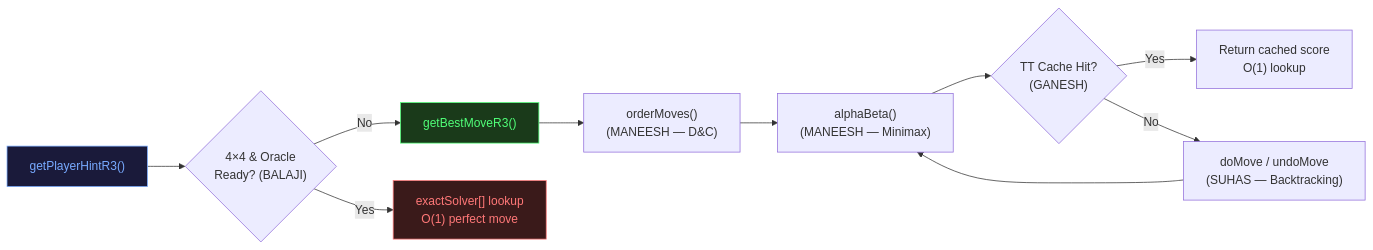
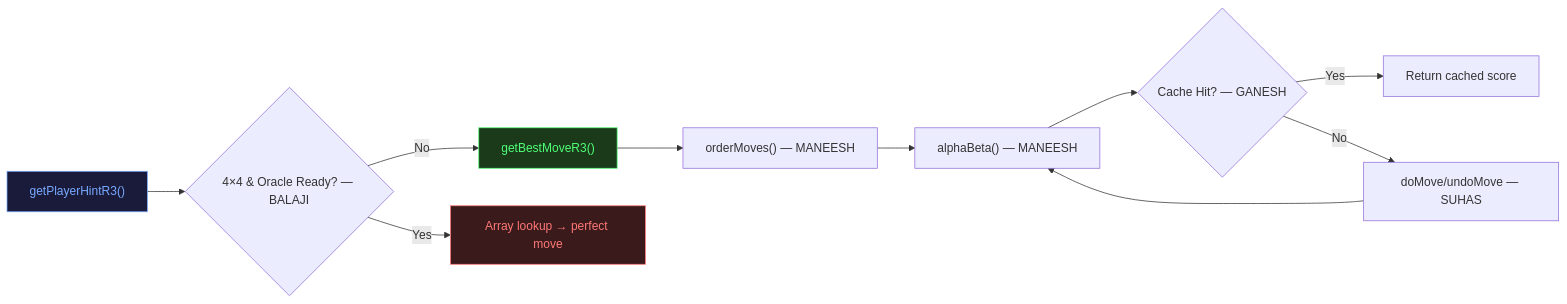
Before and after one commit to Ganesh2006646/FLIP: the second of 6 diagrams in game_analysis_r3.md, drawn with Mermaid. The commit also changed other lines of this file, not shown here.

````diff
--- a/game_analysis_r3.md
+++ b/game_analysis_r3.md
@@ -102,17 +89,17 @@
 ```mermaid
 graph LR
-    Entry["getBestMoveR3()"] --> OB["orderMoves()<br>(MANEESH — D&C)"]
-    OB --> AB["alphaBeta()<br>(MANEESH — Minimax)"]
-    AB --> TT{"TT Cache Hit?<br>(GANESH)"}
-    TT -->|Yes| ReturnCache["Return cached score<br>O(1) lookup"]
-    TT -->|No| BT["doMove / undoMove<br>(SUHAS — Backtracking)"]
+    Entry["getBestMoveR3()"] --> OB["orderMoves() — MANEESH"]
+    OB --> AB["alphaBeta() — MANEESH"]
+    AB --> TT{"Cache Hit? — GANESH"}
+    TT -->|Yes| ReturnCache["Return cached score"]
+    TT -->|No| BT["doMove/undoMove — SUHAS"]
     BT --> AB
 
-    HintEntry["getPlayerHintR3()"] --> OracleQ{"4×4 & Oracle<br>Ready? (BALAJI)"}
-    OracleQ -->|Yes| O1["exactSolver[] lookup<br>O(1) perfect move"]
+    HintEntry["getPlayerHintR3()"] --> OracleQ{"4×4 & Oracle Ready? — BALAJI"}
+    OracleQ -->|Yes| O1["Array lookup → perfect move"]
     OracleQ -->|No| Entry
 
     style Entry fill:#1a3a1a,color:#50FF78,stroke:#50FF78
     style HintEntry fill:#1a1a3a,color:#78AAFF,stroke:#78AAFF
     style O1 fill:#3a1a1a,color:#FF7878,stroke:#FF7878
 ```
````
